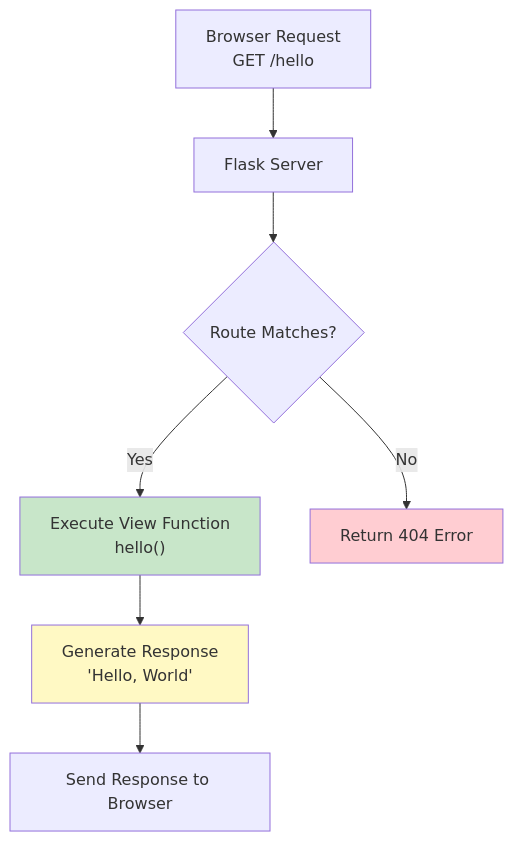
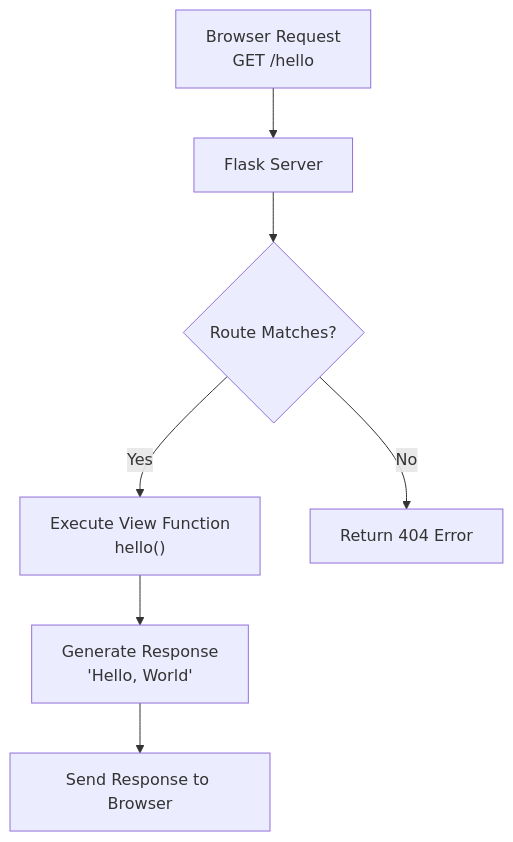
One commit to 24f1002114/Data-Science-Notes changed the diagram in Modern App Dev I & II/Project/Backend/Flask/2 Flask Routing/2 Flask App Routing.md. Above: the diagram before and after it, drawn with Mermaid.

Commit message:
note Updated

````diff
--- a/Modern App Dev I & II/Project/Backend/Flask/2 Flask Routing/2 Flask App Routing.md
+++ b/Modern App Dev I & II/Project/Backend/Flask/2 Flask Routing/2 Flask App Routing.md
@@ -44,13 +44,9 @@
 ```mermaid
 flowchart TD
     A["Browser Request<br/>GET /hello"] --> B[Flask Server]
     B --> C{Route Matches?}
     C -->|Yes| D["Execute View Function<br/>hello()"]
     C -->|No| E[Return 404 Error]
     D --> F["Generate Response<br/>'Hello, World'"]
     F --> G[Send Response to Browser]
-    
-    style D fill:#c8e6c9
-    style E fill:#ffcdd2
-    style F fill:#fff9c4
 ```
````
